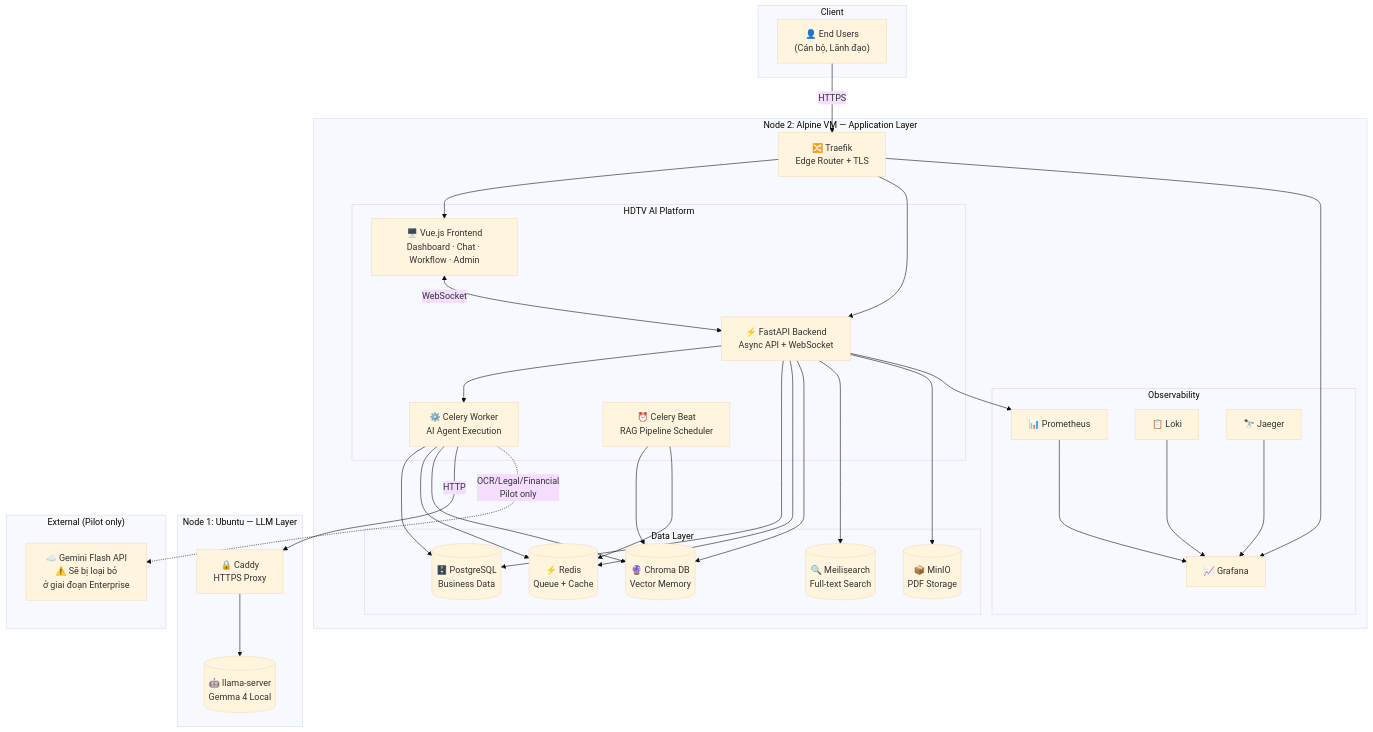
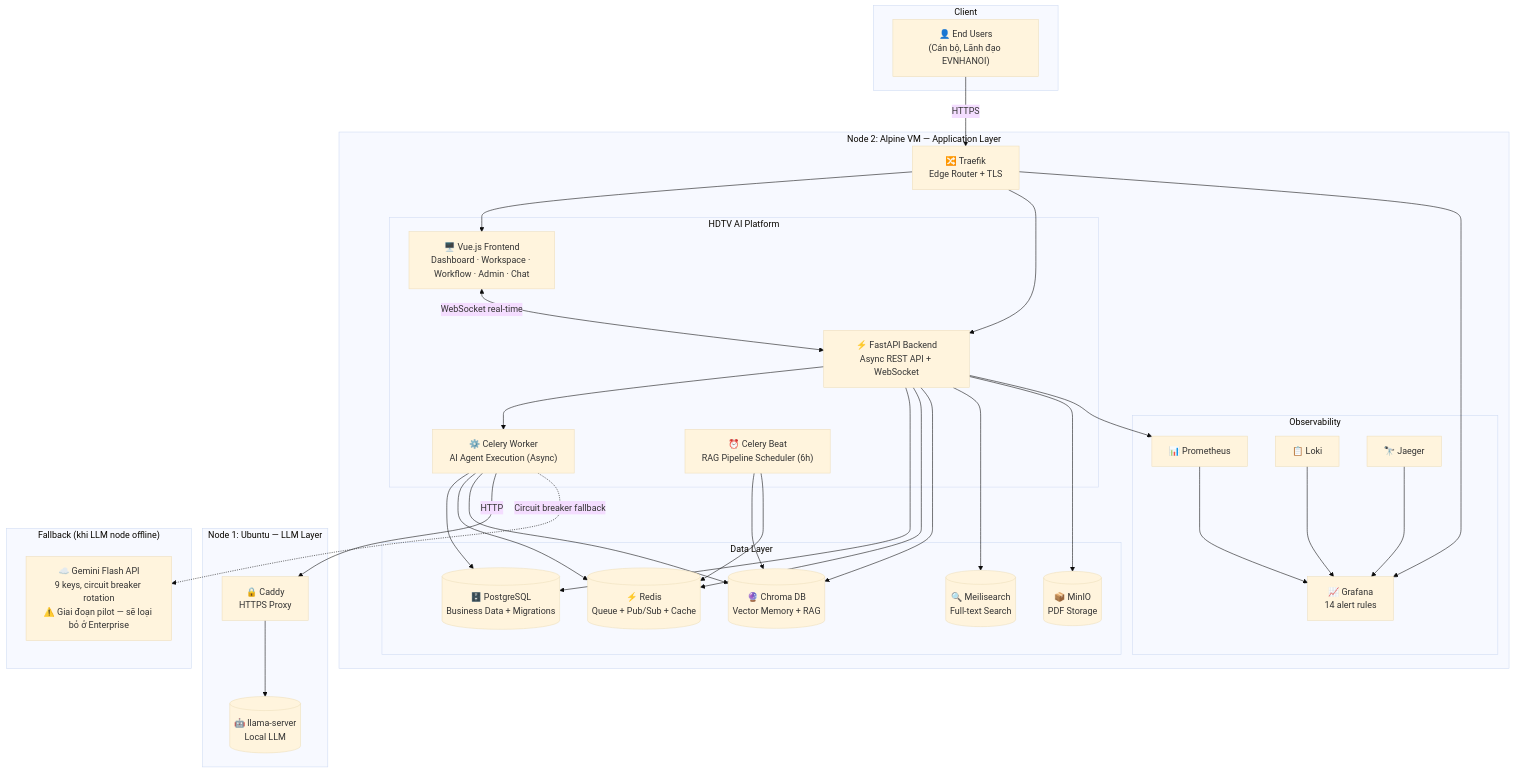
One commit to trantuananhdev/nano-devops-platform changed the diagram in docs-ai-system/00-executive-summary/platform-at-a-glance.md. Above: the diagram before and after it, drawn with Mermaid (base theme). The commit also changed other lines of this file and 50 other files, not shown here.

````diff
--- a/docs-ai-system/00-executive-summary/platform-at-a-glance.md
+++ b/docs-ai-system/00-executive-summary/platform-at-a-glance.md
@@ -10,69 +11,69 @@
 ```mermaid
 graph TB
     subgraph "Client"
-        USER["👤 End Users\n(Cán bộ, Lãnh đạo)"]
+        USER["👤 End Users\n(Cán bộ, Lãnh đạo EVNHANOI)"]
     end
 
     subgraph "Node 2: Alpine VM — Application Layer"
         TRAEFIK["🔀 Traefik\nEdge Router + TLS"]
 
         subgraph "HDTV AI Platform"
-            FE["🖥️ Vue.js Frontend\nDashboard · Chat · Workflow · Admin"]
-            API["⚡ FastAPI Backend\nAsync API + WebSocket"]
-            WORKER["⚙️ Celery Worker\nAI Agent Execution"]
-            BEAT["⏰ Celery Beat\nRAG Pipeline Scheduler"]
+            FE["🖥️ Vue.js Frontend\nDashboard · Workspace · Workflow · Admin · Chat"]
+            API["⚡ FastAPI Backend\nAsync REST API + WebSocket"]
+            WORKER["⚙️ Celery Worker\nAI Agent Execution (Async)"]
+            BEAT["⏰ Celery Beat\nRAG Pipeline Scheduler (6h)"]
         end
 
         subgraph "Data Layer"
-            PG[("🗄️ PostgreSQL\nBusiness Data")]
-            REDIS[("⚡ Redis\nQueue + Cache")]
-            CHROMA[("🔮 Chroma DB\nVector Memory")]
+            PG[("🗄️ PostgreSQL\nBusiness Data + Migrations")]
+            REDIS[("⚡ Redis\nQueue + Pub/Sub + Cache")]
+            CHROMA[("🔮 Chroma DB\nVector Memory + RAG")]
             MEILI[("🔍 Meilisearch\nFull-text Search")]
             MINIO[("📦 MinIO\nPDF Storage")]
         end
 
         subgraph "Observability"
             PROMETHEUS["📊 Prometheus"]
-            GRAFANA["📈 Grafana"]
+            GRAFANA["📈 Grafana\n14 alert rules"]
             LOKI["📋 Loki"]
             JAEGER["🔭 Jaeger"]
         end
     end
 
     subgraph "Node 1: Ubuntu — LLM Layer"
         CADDY["🔒 Caddy\nHTTPS Proxy"]
-        LLAMA[("🤖 llama-server\nGemma 4 Local")]
+        LLAMA[("🤖 llama-server\nLocal LLM")]
     end
 
-    subgraph "External (Pilot only)"
-        GEMINI["☁️ Gemini Flash API\n⚠️ Sẽ bị loại bỏ\nở giai đoạn Enterprise"]
+    subgraph "Fallback (khi LLM node offline)"
+        GEMINI["☁️ Gemini Flash API\n9 keys, circuit breaker rotation\n⚠️ Giai đoạn pilot — sẽ loại bỏ ở Enterprise"]
     end
 
     USER -->|HTTPS| TRAEFIK
     TRAEFIK --> FE
     TRAEFIK --> API
     TRAEFIK --> GRAFANA
 
-    FE <-->|WebSocket| API
+    FE <-->|WebSocket real-time| API
     API --> WORKER
     API --> PG
     API --> REDIS
     API --> CHROMA
     API --> MEILI
     API --> MINIO
 
     WORKER --> PG
     WORKER --> REDIS
     WORKER --> CHROMA
     WORKER -->|HTTP| CADDY
     BEAT --> CHROMA
     BEAT --> REDIS
 
     CADDY --> LLAMA
-    WORKER -.->|OCR/Legal/Financial\nPilot only| GEMINI
+    WORKER -.->|Circuit breaker fallback| GEMINI
 
     API --> PROMETHEUS
     PROMETHEUS --> GRAFANA
     LOKI --> GRAFANA
     JAEGER --> GRAFANA
 ```
````
